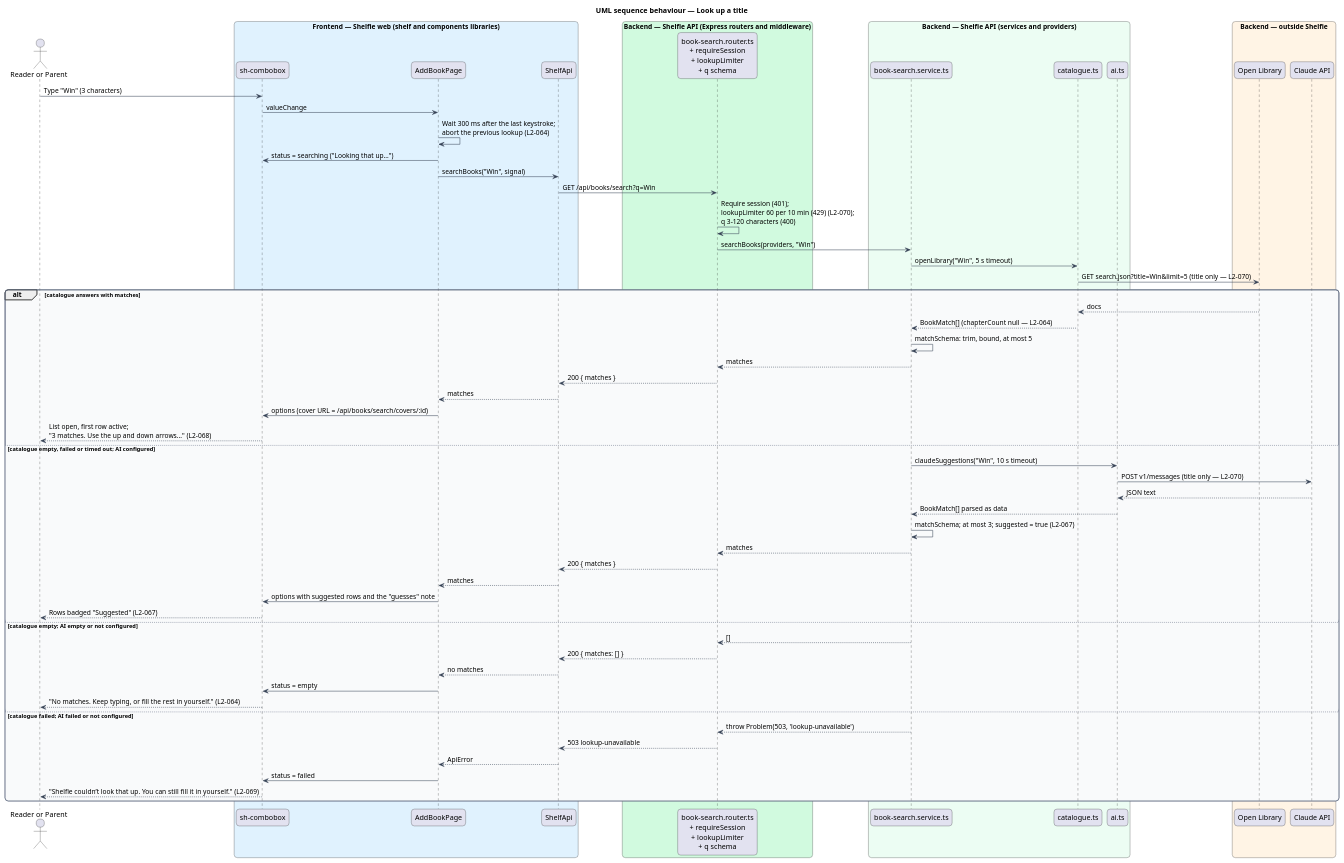
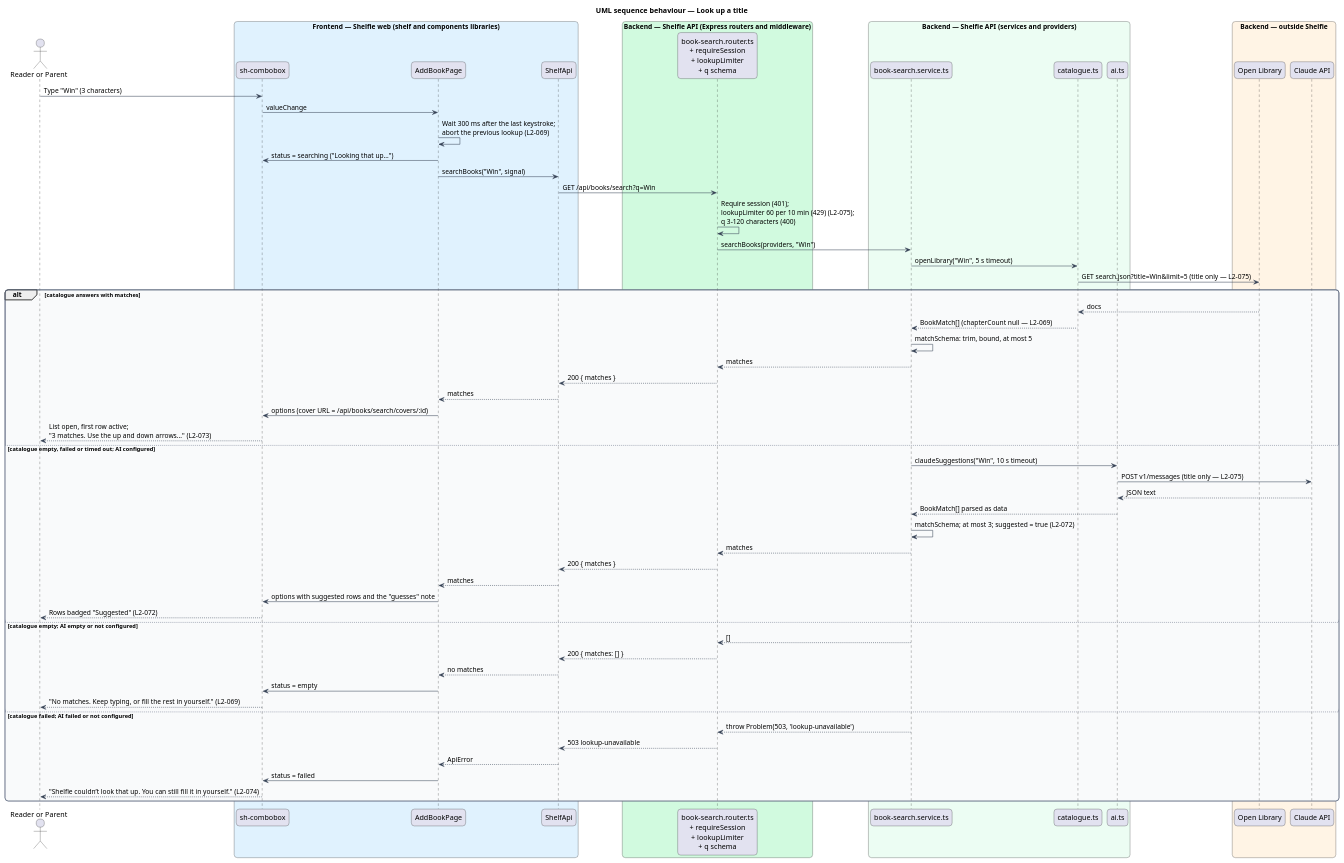
Before and after one commit to QuinntyneBrown/shelfie: the diagram in docs/detailed-designs/books/autocomplete-book/diagrams/sequence-look-up-title.puml, drawn with PlantUML. The commit also changed 31 other files, not shown here.

First line of the commit message:
Renumber book autocomplete requirements to L1-019 and L2-069 to L2-075, after main took the earlier numbers

```diff
--- a/docs/detailed-designs/books/autocomplete-book/diagrams/sequence-look-up-title.puml
+++ b/docs/detailed-designs/books/autocomplete-book/diagrams/sequence-look-up-title.puml
@@ -1,79 +1,79 @@
 @startuml
 title UML sequence behaviour — Look up a title
 skinparam backgroundColor #FFFFFF
 skinparam shadowing false
 skinparam roundcorner 12
 skinparam defaultFontName Arial
 skinparam ArrowColor #344054
 skinparam rectangle {
   BorderColor #344054
   FontColor #101828
 }
 skinparam package {
   BorderColor #667085
   FontColor #101828
   BackgroundColor #F9FAFB
 }
 actor "Reader or Parent" as user
 box "Frontend — Shelfie web (shelf and components libraries)" #E0F2FE
   participant "sh-combobox" as combobox
   participant "AddBookPage" as page
   participant "ShelfApi" as client
 end box
 box "Backend — Shelfie API (Express routers and middleware)" #D1FADF
   participant "book-search.router.ts\n+ requireSession\n+ lookupLimiter\n+ q schema" as router
 end box
 box "Backend — Shelfie API (services and providers)" #ECFDF3
   participant "book-search.service.ts" as service
   participant "catalogue.ts" as catalogue
   participant "ai.ts" as ai
 end box
 box "Backend — outside Shelfie" #FFF4E5
   participant "Open Library" as openLibrary
   participant "Claude API" as claude
 end box
 
 user -> combobox : Type "Win" (3 characters)
 combobox -> page : valueChange
-page -> page : Wait 300 ms after the last keystroke;\nabort the previous lookup (L2-064)
+page -> page : Wait 300 ms after the last keystroke;\nabort the previous lookup (L2-069)
 page -> combobox : status = searching ("Looking that up…")
 page -> client : searchBooks("Win", signal)
 client -> router : GET /api/books/search?q=Win
-router -> router : Require session (401);\nlookupLimiter 60 per 10 min (429) (L2-070);\nq 3–120 characters (400)
+router -> router : Require session (401);\nlookupLimiter 60 per 10 min (429) (L2-075);\nq 3–120 characters (400)
 router -> service : searchBooks(providers, "Win")
 service -> catalogue : openLibrary("Win", 5 s timeout)
-catalogue -> openLibrary : GET search.json?title=Win&limit=5 (title only — L2-070)
+catalogue -> openLibrary : GET search.json?title=Win&limit=5 (title only — L2-075)
 alt catalogue answers with matches
   openLibrary --> catalogue : docs
-  catalogue --> service : BookMatch[] (chapterCount null — L2-064)
+  catalogue --> service : BookMatch[] (chapterCount null — L2-069)
   service -> service : matchSchema: trim, bound, at most 5
   service --> router : matches
   router --> client : 200 { matches }
   client --> page : matches
   page -> combobox : options (cover URL = /api/books/search/covers/:id)
-  combobox --> user : List open, first row active;\n"3 matches. Use the up and down arrows…" (L2-068)
+  combobox --> user : List open, first row active;\n"3 matches. Use the up and down arrows…" (L2-073)
 else catalogue empty, failed or timed out; AI configured
   service -> ai : claudeSuggestions("Win", 10 s timeout)
-  ai -> claude : POST v1/messages (title only — L2-070)
+  ai -> claude : POST v1/messages (title only — L2-075)
   claude --> ai : JSON text
   ai --> service : BookMatch[] parsed as data
-  service -> service : matchSchema; at most 3; suggested = true (L2-067)
+  service -> service : matchSchema; at most 3; suggested = true (L2-072)
   service --> router : matches
   router --> client : 200 { matches }
   client --> page : matches
   page -> combobox : options with suggested rows and the "guesses" note
-  combobox --> user : Rows badged "Suggested" (L2-067)
+  combobox --> user : Rows badged "Suggested" (L2-072)
 else catalogue empty; AI empty or not configured
   service --> router : []
   router --> client : 200 { matches: [] }
   client --> page : no matches
   page -> combobox : status = empty
-  combobox --> user : "No matches. Keep typing, or fill the rest in yourself." (L2-064)
+  combobox --> user : "No matches. Keep typing, or fill the rest in yourself." (L2-069)
 else catalogue failed; AI failed or not configured
   service --> router : throw Problem(503, 'lookup-unavailable')
   router --> client : 503 lookup-unavailable
   client --> page : ApiError
   page -> combobox : status = failed
-  combobox --> user : "Shelfie couldn’t look that up. You can still fill it in yourself." (L2-069)
+  combobox --> user : "Shelfie couldn’t look that up. You can still fill it in yourself." (L2-074)
 end
 @enduml
```
